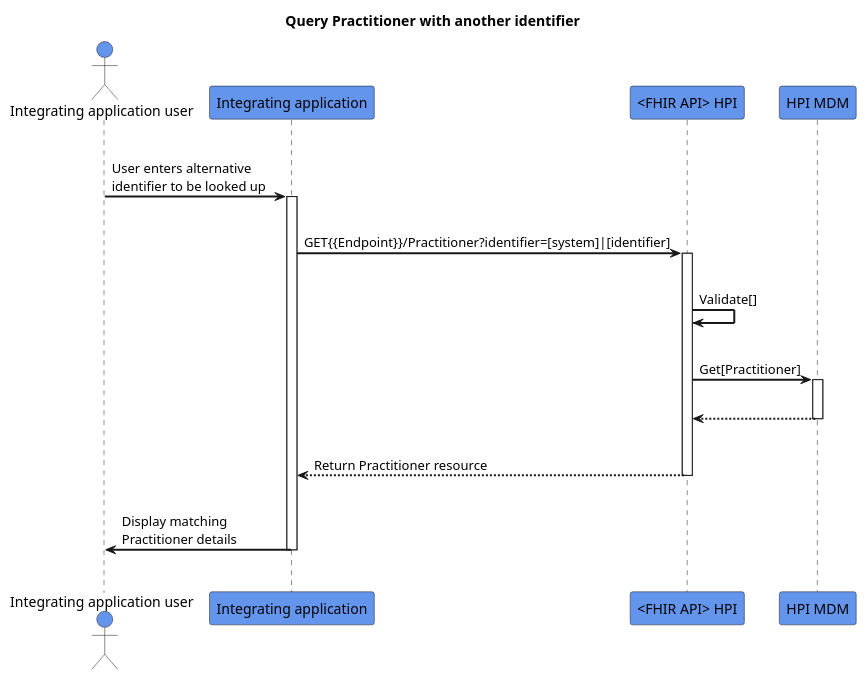
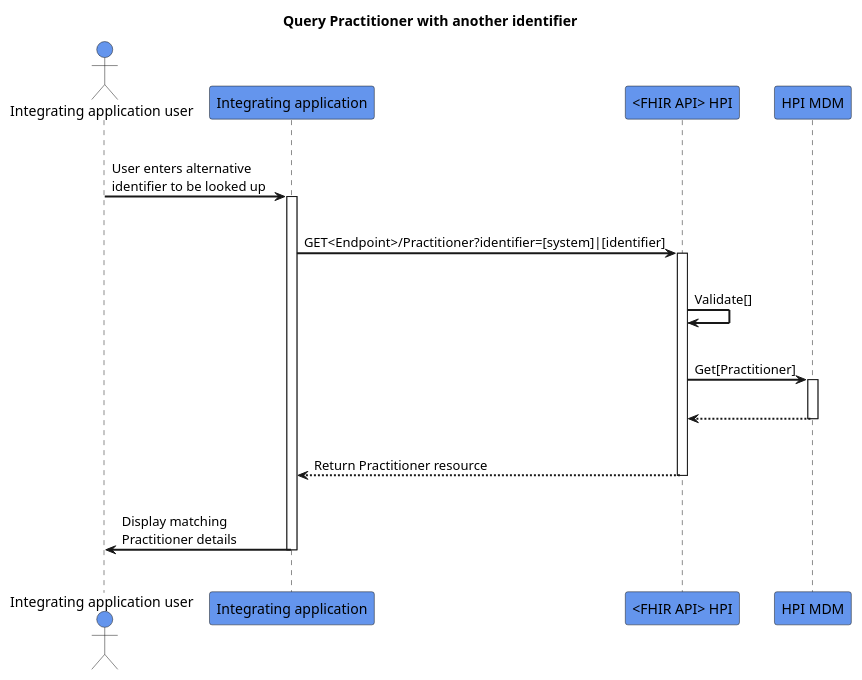
One commit to HL7NZ/hpi changed the diagram in input/images-source/query-practitioner.plantuml. Above: the diagram before and after it, drawn with PlantUML.

```diff
--- a/input/images-source/query-practitioner.plantuml
+++ b/input/images-source/query-practitioner.plantuml
@@ -1,32 +1,32 @@
 @startuml
 skinparam sequenceArrowThickness 2
 skinparam roundcorner 5
 skinparam maxmessagesize 180
 skinparam sequenceParticipant bold
 title Query Practitioner with another identifier 
 actor "Integrating application user" as User #CornflowerBlue
 participant "Integrating application" as A #CornflowerBlue
 participant "<FHIR API> HPI" as B #CornflowerBlue
 participant "HPI MDM" as C #CornflowerBlue
 |||
 User -> A: User enters alternative identifier to be looked up
 activate A
 |||
-A -> B: GET{{Endpoint}}/Practitioner?identifier=[system]|[identifier]
+A -> B: GET<Endpoint>/Practitioner?identifier=[system]|[identifier]
 activate B
 |||
 B -> B: Validate[]
 |||
 B -> C: Get[Practitioner]
 activate C
 |||
 C -[dashed]-> B:  
 deactivate C
 |||
 B -[dashed]-> A:Return Practitioner resource
 deactivate B
 |||
 A -> User: Display matching Practitioner details
 deactivate A
 |||
 @enduml
```
